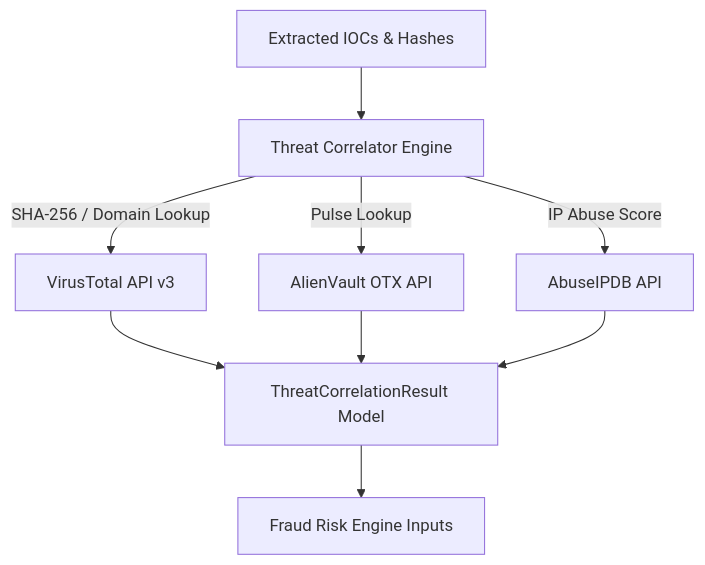
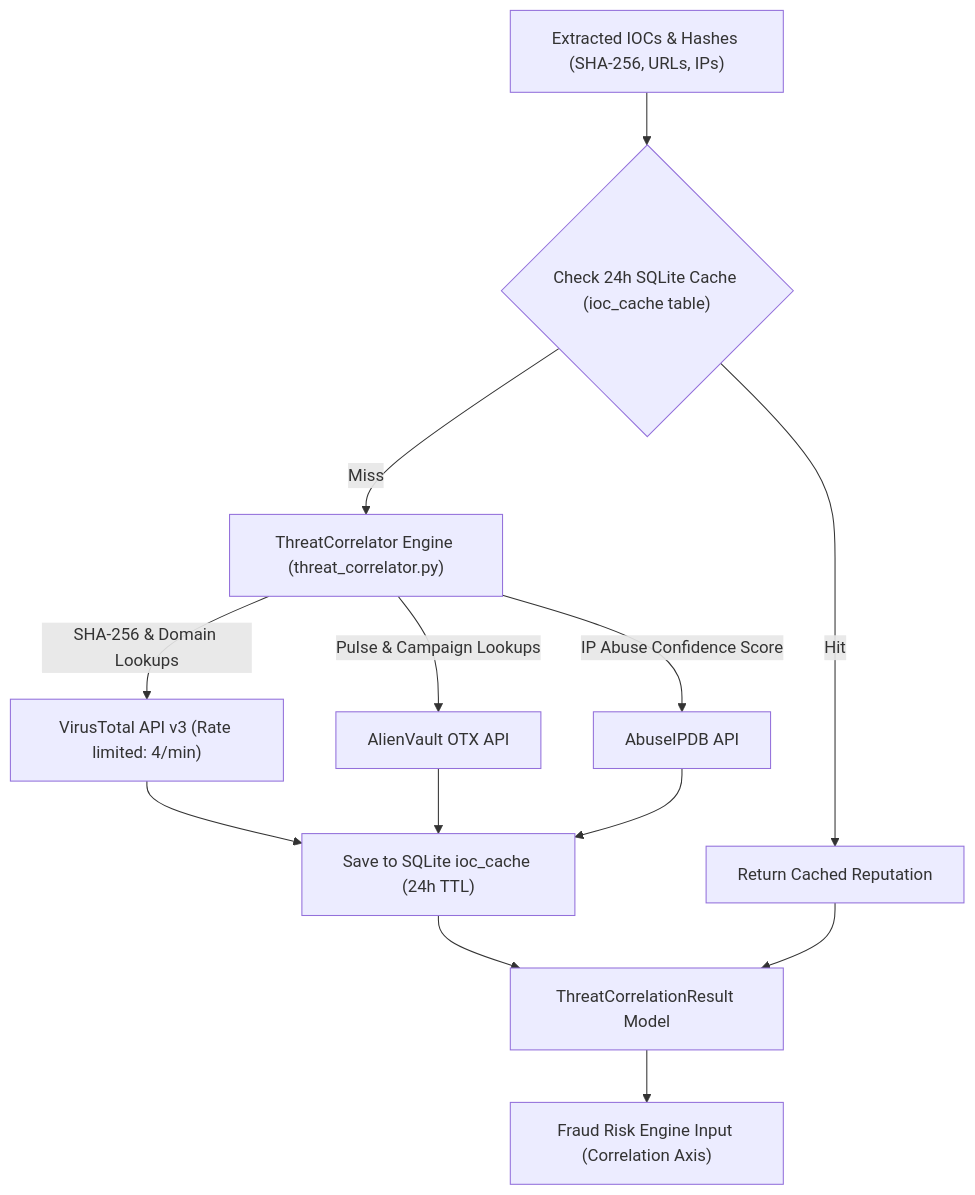
The diagram in docs/architecture/07_FRAUD_INTELLIGENCE_ENGINE.md (SanTiwari07/Sudarshan), drawn with Mermaid before and after one commit. The commit also changed other lines of this file and 17 other files, not shown here.

Commit message:
initialize and synchronize comprehensive architectural and platform documentation suite

````diff
--- a/docs/architecture/07_FRAUD_INTELLIGENCE_ENGINE.md
+++ b/docs/architecture/07_FRAUD_INTELLIGENCE_ENGINE.md
@@ -31,14 +27,18 @@
 ```mermaid
 graph TD
-    EXT[Extracted IOCs & Hashes] --> CORR[Threat Correlator Engine]
+    EXT["Extracted IOCs & Hashes (SHA-256, URLs, IPs)"] --> CACHE_CHECK{"Check 24h SQLite Cache (ioc_cache table)"}
+    
+    CACHE_CHECK -->|Hit| CACHE_RES["Return Cached Reputation"]
+    CACHE_CHECK -->|Miss| CORR["ThreatCorrelator Engine (threat_correlator.py)"]
 
-    CORR -->|SHA-256 / Domain Lookup| VT[VirusTotal API v3]
-    CORR -->|Pulse Lookup| OTX[AlienVault OTX API]
-    CORR -->|IP Abuse Score| ABUSE[AbuseIPDB API]
+    CORR -->|SHA-256 & Domain Lookups| VT["VirusTotal API v3 (Rate limited: 4/min)"]
+    CORR -->|Pulse & Campaign Lookups| OTX["AlienVault OTX API"]
+    CORR -->|IP Abuse Confidence Score| ABUSE["AbuseIPDB API"]
 
-    VT --> MODEL[ThreatCorrelationResult Model]
-    OTX --> MODEL
-    ABUSE --> MODEL
-
-    MODEL --> RISK[Fraud Risk Engine Inputs]
+    VT --> SAVE_CACHE["Save to SQLite ioc_cache (24h TTL)"]
+    OTX --> SAVE_CACHE
+    ABUSE --> SAVE_CACHE
+    SAVE_CACHE --> MODEL["ThreatCorrelationResult Model"]
+    CACHE_RES --> MODEL
+    MODEL --> RISK["Fraud Risk Engine Input (Correlation Axis)"]
 ```
````
